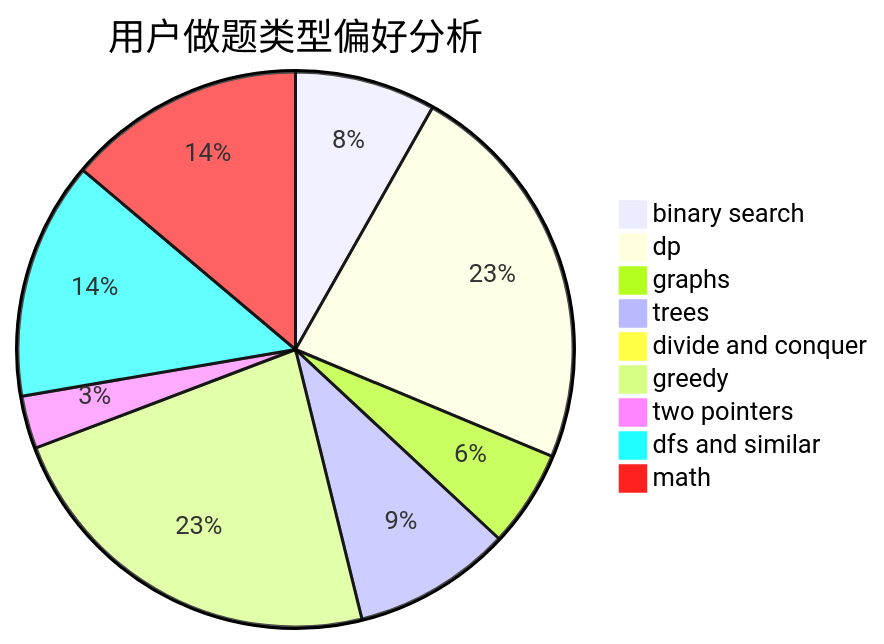
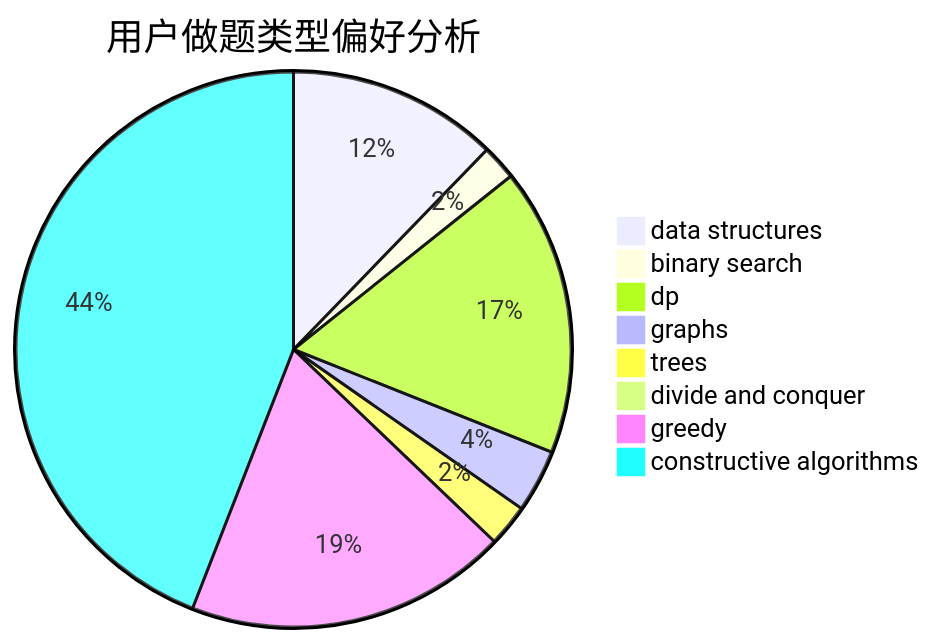
Before and after one commit to sherpahu/cfrs.github.io: the second of 3 diagrams in docs/user/u2628.md, drawn with Mermaid. The commit also changed other lines of this file and 2775 other files, not shown here.

````diff
--- a/docs/user/u2628.md
+++ b/docs/user/u2628.md
@@ -23,12 +23,11 @@
 ```mermaid
 pie title 用户做题类型偏好分析
-    "binary search" :  32
-    "dp" :  90
-    "graphs" :  22
-    "trees" :  36
+    "data structures" :  30
+    "binary search" :  5
+    "dp" :  41
+    "graphs" :  9
+    "trees" :  6
     "divide and conquer" :  0
-    "greedy" :  90
-    "two pointers" :  12
-    "dfs and similar" :  54
-    "math" :  54
+    "greedy" :  46
+    "constructive algorithms" :  108
 ```
````
